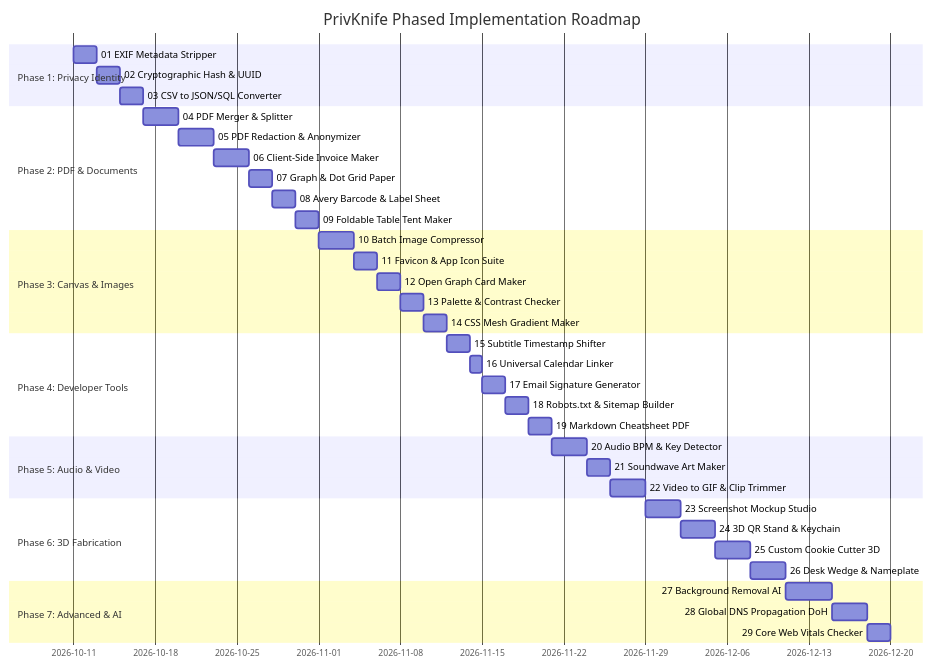
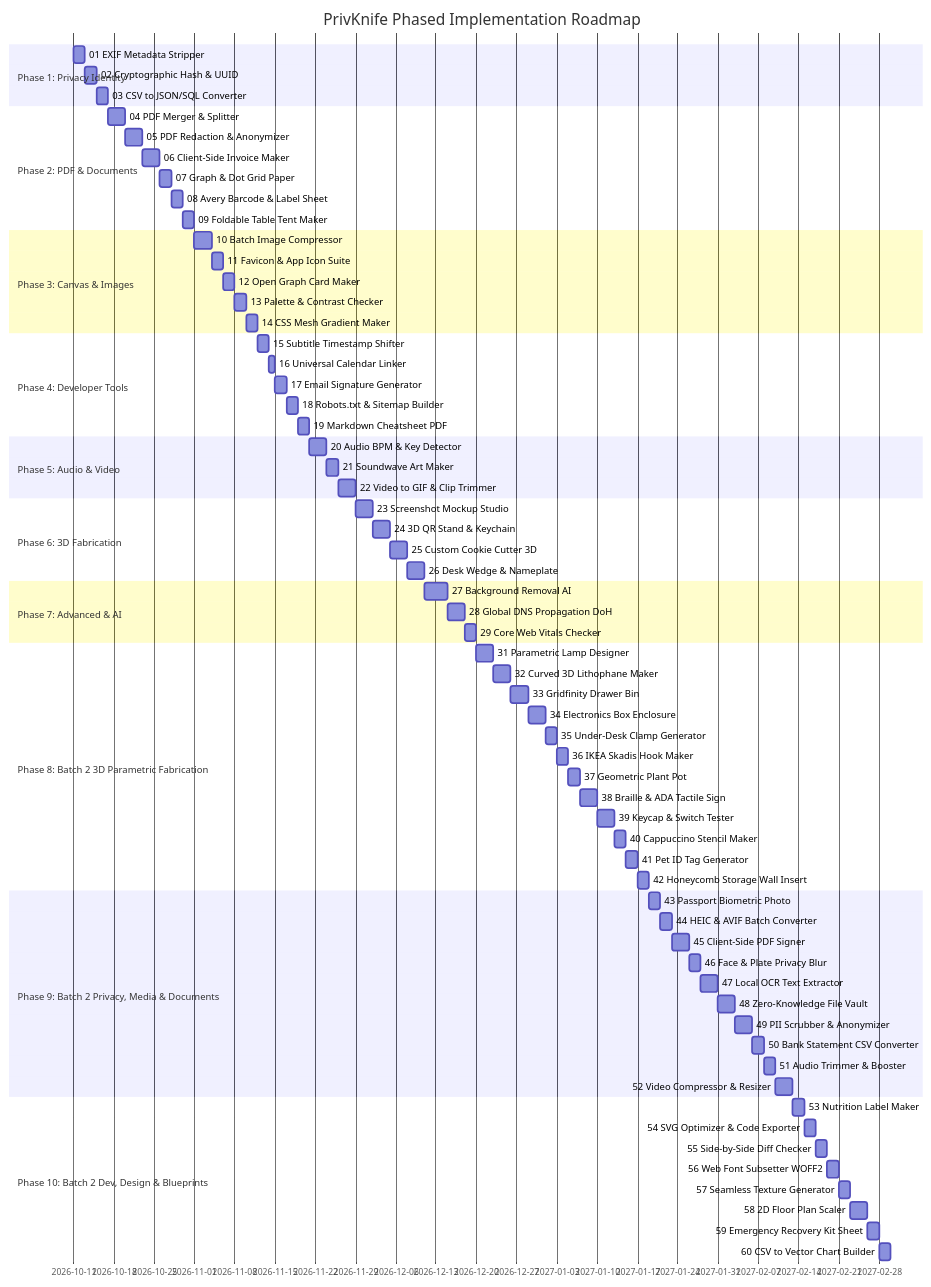
Before and after one commit to david13penalver/PrivKnife: the diagram in specs/README.md, drawn with Mermaid. The commit also changed other lines of this file and 185 other files, not shown here.

````diff
--- a/specs/README.md
+++ b/specs/README.md
@@ -13,41 +13,74 @@
 ```mermaid
 gantt
     title PrivKnife Phased Implementation Roadmap
     dateFormat  YYYY-MM-DD
     section Phase 1: Privacy Identity
     01 EXIF Metadata Stripper       :p1_1, 2026-10-11, 2d
     02 Cryptographic Hash & UUID     :p1_2, after p1_1, 2d
     03 CSV to JSON/SQL Converter     :p1_3, after p1_2, 2d
     section Phase 2: PDF & Documents
     04 PDF Merger & Splitter         :p2_1, after p1_3, 3d
     05 PDF Redaction & Anonymizer    :p2_2, after p2_1, 3d
     06 Client-Side Invoice Maker     :p2_3, after p2_2, 3d
     07 Graph & Dot Grid Paper        :p2_4, after p2_3, 2d
     08 Avery Barcode & Label Sheet   :p2_5, after p2_4, 2d
     09 Foldable Table Tent Maker     :p2_6, after p2_5, 2d
     section Phase 3: Canvas & Images
     10 Batch Image Compressor        :p3_1, after p2_6, 3d
     11 Favicon & App Icon Suite      :p3_2, after p3_1, 2d
     12 Open Graph Card Maker         :p3_3, after p3_2, 2d
     13 Palette & Contrast Checker    :p3_4, after p3_3, 2d
     14 CSS Mesh Gradient Maker       :p3_5, after p3_4, 2d
     section Phase 4: Developer Tools
     15 Subtitle Timestamp Shifter    :p4_1, after p3_5, 2d
     16 Universal Calendar Linker     :p4_2, after p4_1, 1d
     17 Email Signature Generator     :p4_3, after p4_2, 2d
     18 Robots.txt & Sitemap Builder  :p4_4, after p4_3, 2d
     19 Markdown Cheatsheet PDF       :p4_5, after p4_4, 2d
     section Phase 5: Audio & Video
     20 Audio BPM & Key Detector      :p5_1, after p4_5, 3d
     21 Soundwave Art Maker           :p5_2, after p5_1, 2d
     22 Video to GIF & Clip Trimmer   :p5_3, after p5_2, 3d
     section Phase 6: 3D Fabrication
     23 Screenshot Mockup Studio      :p6_1, after p5_3, 3d
     24 3D QR Stand & Keychain        :p6_2, after p6_1, 3d
     25 Custom Cookie Cutter 3D       :p6_3, after p6_2, 3d
     26 Desk Wedge & Nameplate        :p6_4, after p6_3, 3d
     section Phase 7: Advanced & AI
     27 Background Removal AI         :p7_1, after p6_4, 4d
     28 Global DNS Propagation DoH    :p7_2, after p7_1, 3d
     29 Core Web Vitals Checker       :p7_3, after p7_2, 2d
+    section Phase 8: Batch 2 3D Parametric Fabrication
+    31 Parametric Lamp Designer      :p8_1, after p7_3, 3d
+    32 Curved 3D Lithophane Maker    :p8_2, after p8_1, 3d
+    33 Gridfinity Drawer Bin         :p8_3, after p8_2, 3d
+    34 Electronics Box Enclosure     :p8_4, after p8_3, 3d
+    35 Under-Desk Clamp Generator    :p8_5, after p8_4, 2d
+    36 IKEA Skadis Hook Maker        :p8_6, after p8_5, 2d
+    37 Geometric Plant Pot           :p8_7, after p8_6, 2d
+    38 Braille & ADA Tactile Sign    :p8_8, after p8_7, 3d
+    39 Keycap & Switch Tester        :p8_9, after p8_8, 3d
+    40 Cappuccino Stencil Maker      :p8_10, after p8_9, 2d
+    41 Pet ID Tag Generator          :p8_11, after p8_10, 2d
+    42 Honeycomb Storage Wall Insert :p8_12, after p8_11, 2d
+    section Phase 9: Batch 2 Privacy, Media & Documents
+    43 Passport Biometric Photo      :p9_1, after p8_12, 2d
+    44 HEIC & AVIF Batch Converter   :p9_2, after p9_1, 2d
+    45 Client-Side PDF Signer        :p9_3, after p9_2, 3d
+    46 Face & Plate Privacy Blur     :p9_4, after p9_3, 2d
+    47 Local OCR Text Extractor      :p9_5, after p9_4, 3d
+    48 Zero-Knowledge File Vault     :p9_6, after p9_5, 3d
+    49 PII Scrubber & Anonymizer     :p9_7, after p9_6, 3d
+    50 Bank Statement CSV Converter  :p9_8, after p9_7, 2d
+    51 Audio Trimmer & Booster       :p9_9, after p9_8, 2d
+    52 Video Compressor & Resizer    :p9_10, after p9_9, 3d
+    section Phase 10: Batch 2 Dev, Design & Blueprints
+    53 Nutrition Label Maker         :p10_1, after p9_10, 2d
+    54 SVG Optimizer & Code Exporter :p10_2, after p10_1, 2d
+    55 Side-by-Side Diff Checker     :p10_3, after p10_2, 2d
+    56 Web Font Subsetter WOFF2      :p10_4, after p10_3, 2d
+    57 Seamless Texture Generator    :p10_5, after p10_4, 2d
+    58 2D Floor Plan Scaler          :p10_6, after p10_5, 3d
+    59 Emergency Recovery Kit Sheet  :p10_7, after p10_6, 2d
+    60 CSV to Vector Chart Builder   :p10_8, after p10_7, 2d
 ```
````
